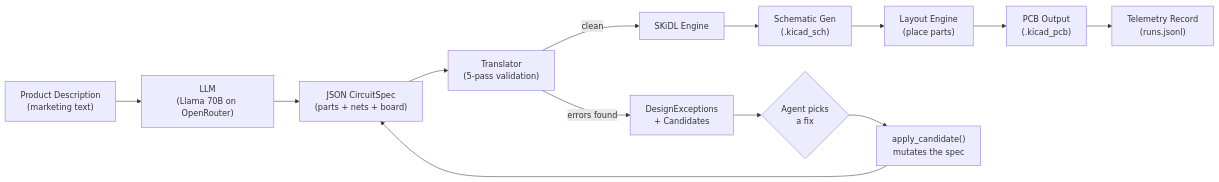
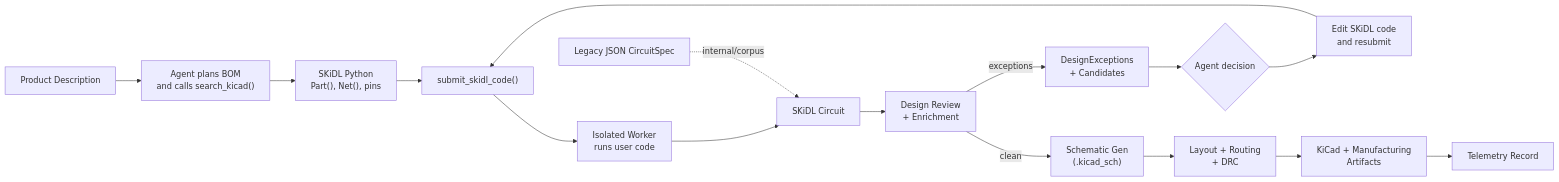
Before and after one commit to lachlanfysh/skidl: the first of 8 diagrams in docs/ARCHITECTURE.md, drawn with Mermaid. The commit also changed other lines of this file and 7 other files, not shown here.

````diff
--- a/docs/ARCHITECTURE.md
+++ b/docs/ARCHITECTURE.md
@@ -19,15 +19,18 @@
 ```mermaid
 flowchart LR
-    A["Product Description\n(marketing text)"] --> B["LLM\n(Llama 70B on OpenRouter)"]
-    B --> C["JSON CircuitSpec\n(parts + nets + board)"]
-    C --> D["Translator\n(5-pass validation)"]
-    D -->|clean| E["SKiDL Engine"]
-    D -->|errors found| F["DesignExceptions\n+ Candidates"]
-    F --> G{"Agent picks\na fix"}
-    G --> H["apply_candidate()\nmutates the spec"]
-    H --> C
-    E --> I["Schematic Gen\n(.kicad_sch)"]
-    I --> J["Layout Engine\n(place parts)"]
-    J --> K["PCB Output\n(.kicad_pcb)"]
-    K --> L["Telemetry Record\n(runs.jsonl)"]
+    A["Product Description"] --> B["Agent plans BOM\nand calls search_kicad()"]
+    B --> C["SKiDL Python\nPart(), Net(), pins"]
+    C --> D["submit_skidl_code()"]
+    D --> E["Isolated Worker\nruns user code"]
+    E --> F["SKiDL Circuit"]
+    F --> G["Design Review\n+ Enrichment"]
+    G -->|exceptions| H["DesignExceptions\n+ Candidates"]
+    H --> I{"Agent decision"}
+    I --> J["Edit SKiDL code\nand resubmit"]
+    J --> D
+    G -->|clean| K["Schematic Gen\n(.kicad_sch)"]
+    K --> L["Layout + Routing\n+ DRC"]
+    L --> M["KiCad + Manufacturing\nArtifacts"]
+    M --> N["Telemetry Record"]
+    O["Legacy JSON CircuitSpec"] -. internal/corpus .-> F
 ```
````
